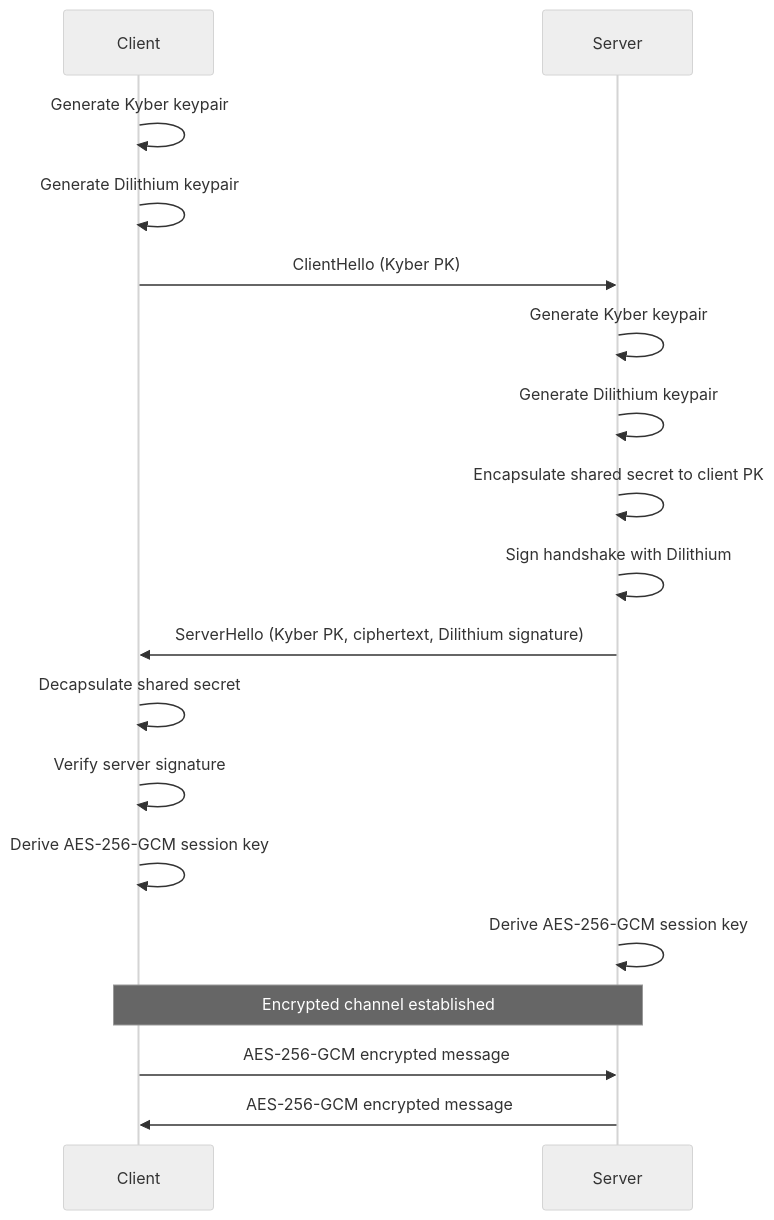
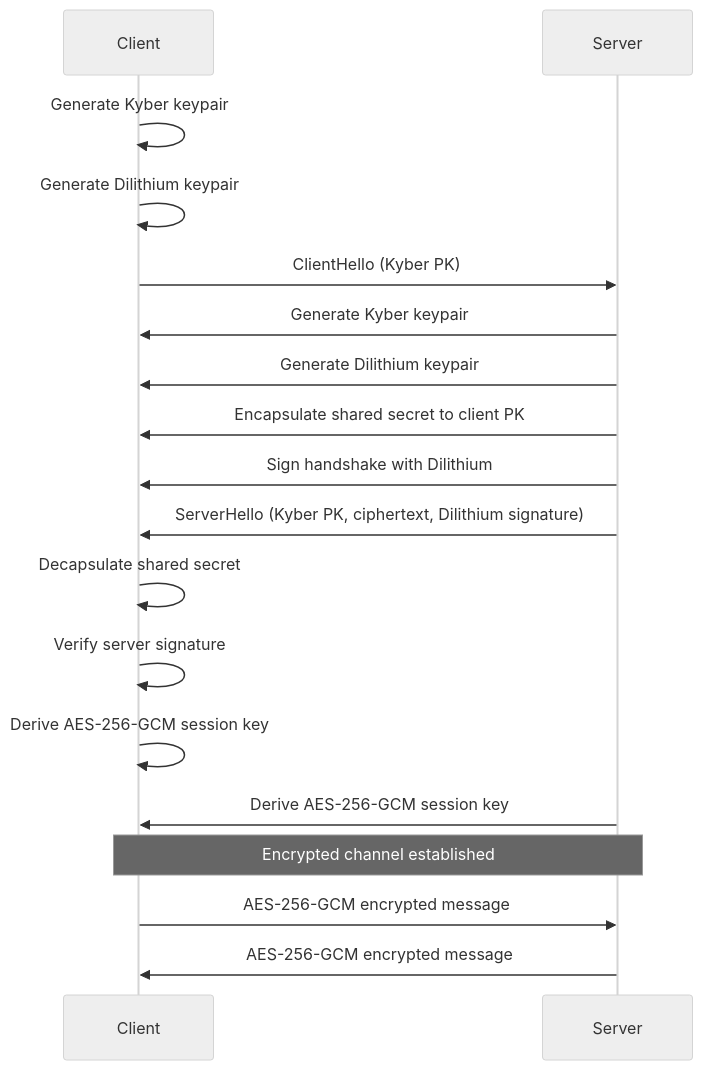
Diagram 29 of 34 in README.md (AAH20/Apex_Resilience_Grid), drawn with Mermaid (neutral theme) before and after one commit. The commit also changed other lines of this file and 3 other files, not shown here.

Commit message:
Enhance: README, demos, gap analysis, mermaid diagrams, CI/CD, Docker, Helm, Terraform

````diff
--- a/README.md
+++ b/README.md
@@ -710,24 +969,24 @@
 ```mermaid
 sequenceDiagram
     participant C as Client
     participant S as Server
 
     C->>C: Generate Kyber keypair
     C->>C: Generate Dilithium keypair
     C->>S: ClientHello (Kyber PK)
 
-    S->>S: Generate Kyber keypair
-    S->>S: Generate Dilithium keypair
-    S->>S: Encapsulate shared secret to client PK
-    S->>S: Sign handshake with Dilithium
+    S->>C: Generate Kyber keypair
+    S->>C: Generate Dilithium keypair
+    S->>C: Encapsulate shared secret to client PK
+    S->>C: Sign handshake with Dilithium
     S->>C: ServerHello (Kyber PK, ciphertext, Dilithium signature)
 
     C->>C: Decapsulate shared secret
     C->>C: Verify server signature
     C->>C: Derive AES-256-GCM session key
-    S->>S: Derive AES-256-GCM session key
+    S->>C: Derive AES-256-GCM session key
 
     Note over C,S: Encrypted channel established
     C->>S: AES-256-GCM encrypted message
     S->>C: AES-256-GCM encrypted message
 ```
````
